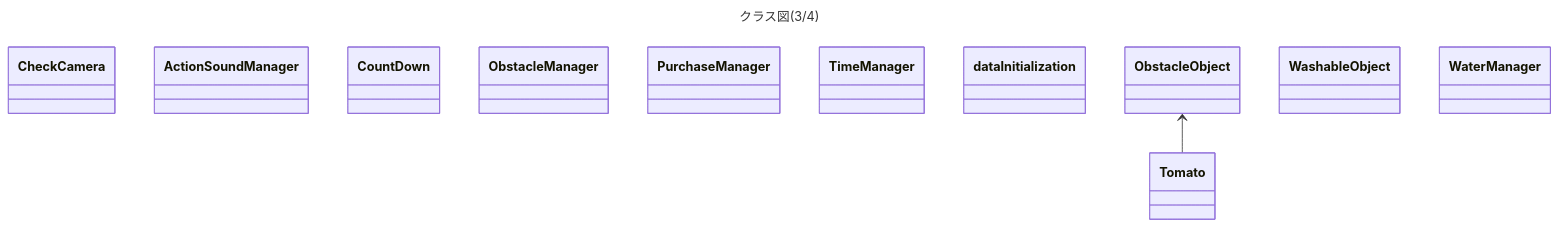
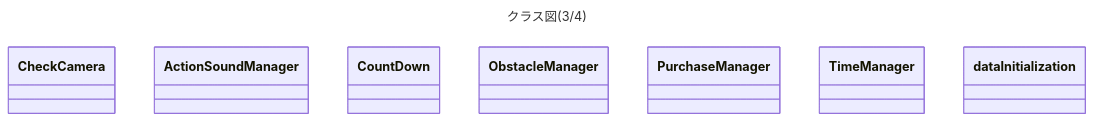
One commit to ICHINOMIYA1038/WashTown changed the third of 4 diagrams in README.md. Above: the diagram before and after it, drawn with Mermaid.

````diff
--- a/README.md
+++ b/README.md
@@ -136,16 +136,13 @@
 ```mermaid
 ---
 title: クラス図(3/4)
 ---
     classDiagram
     class CheckCamera
     class ActionSoundManager
     class CountDown
     class ObstacleManager
     class PurchaseManager
     class TimeManager
     class dataInitialization
-        ObstacleObject <-- Tomato
-    class WashableObject
-    class WaterManager
 ```
````
